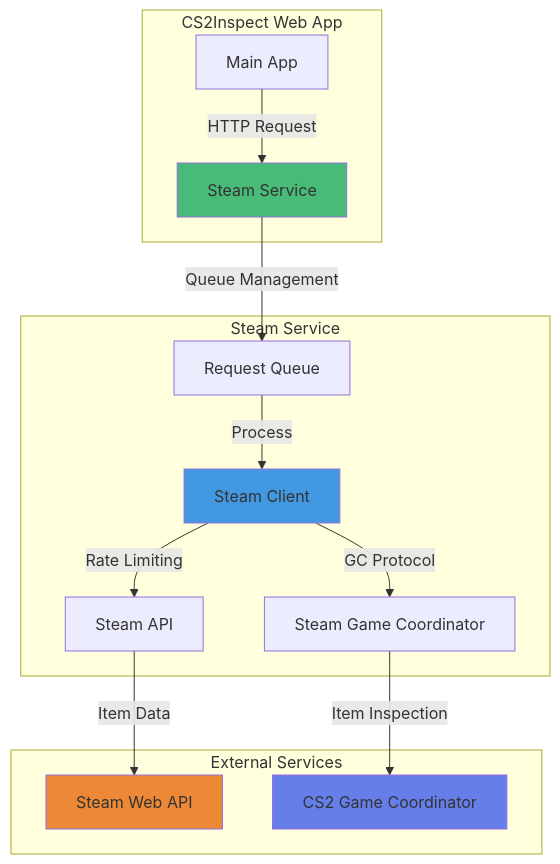
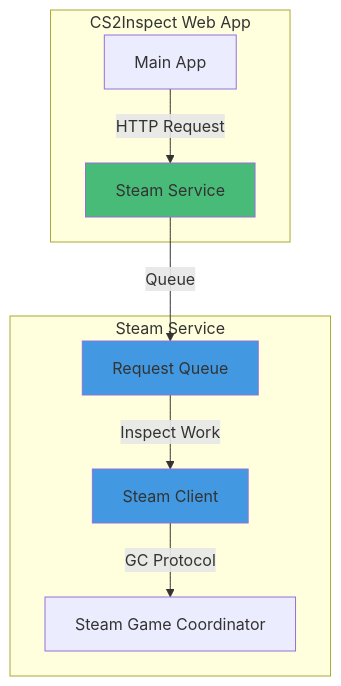
One commit to sak0a/cs2inspect-web changed the first of 2 diagrams in services/docs-site/services-steam.md. Above: the diagram before and after it, drawn with Mermaid. The commit also changed other lines of this file and 7 other files, not shown here.

````diff
--- a/services/docs-site/services-steam.md
+++ b/services/docs-site/services-steam.md
@@ -9,23 +9,16 @@
 ```mermaid
 graph TB
     subgraph "CS2Inspect Web App"
         A[Main App] -->|HTTP Request| B[Steam Service]
     end
 
     subgraph "Steam Service"
-        B -->|Queue Management| C[Request Queue]
-        C -->|Process| D[Steam Client]
-        D -->|Rate Limiting| E[Steam API]
-        D -->|GC Protocol| F[Steam Game Coordinator]
-    end
-
-    subgraph "External Services"
-        E -->|Item Data| G[Steam Web API]
-        F -->|Item Inspection| H[CS2 Game Coordinator]
+        B -->|Queue| C[Request Queue]
+        C -->|Inspect Work| D[Steam Client]
+        D -->|GC Protocol| E[Steam Game Coordinator]
     end
 
     style B fill:#48bb78
+    style C fill:#4299e1
     style D fill:#4299e1
-    style G fill:#ed8936
-    style H fill:#667eea
 ```
````
